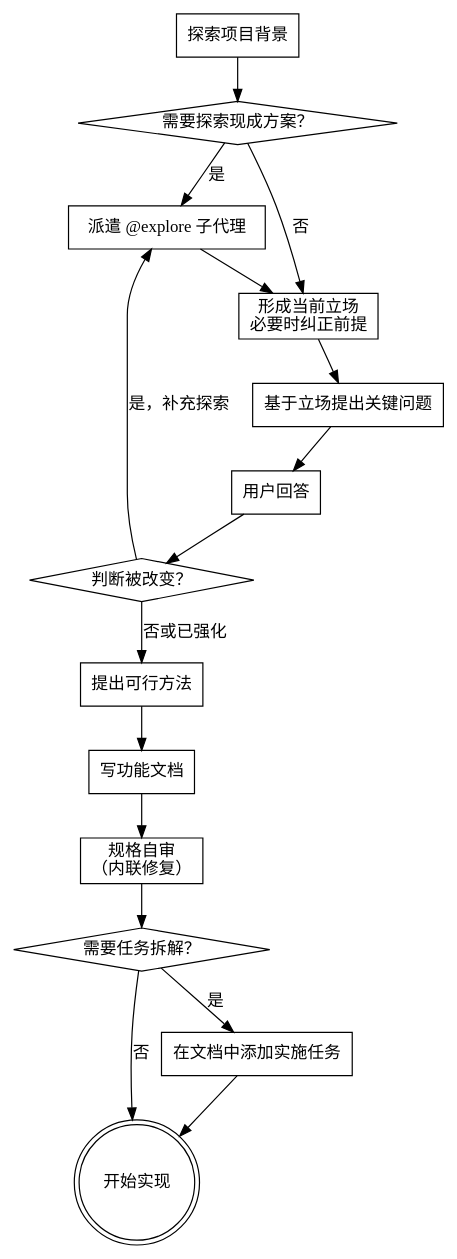
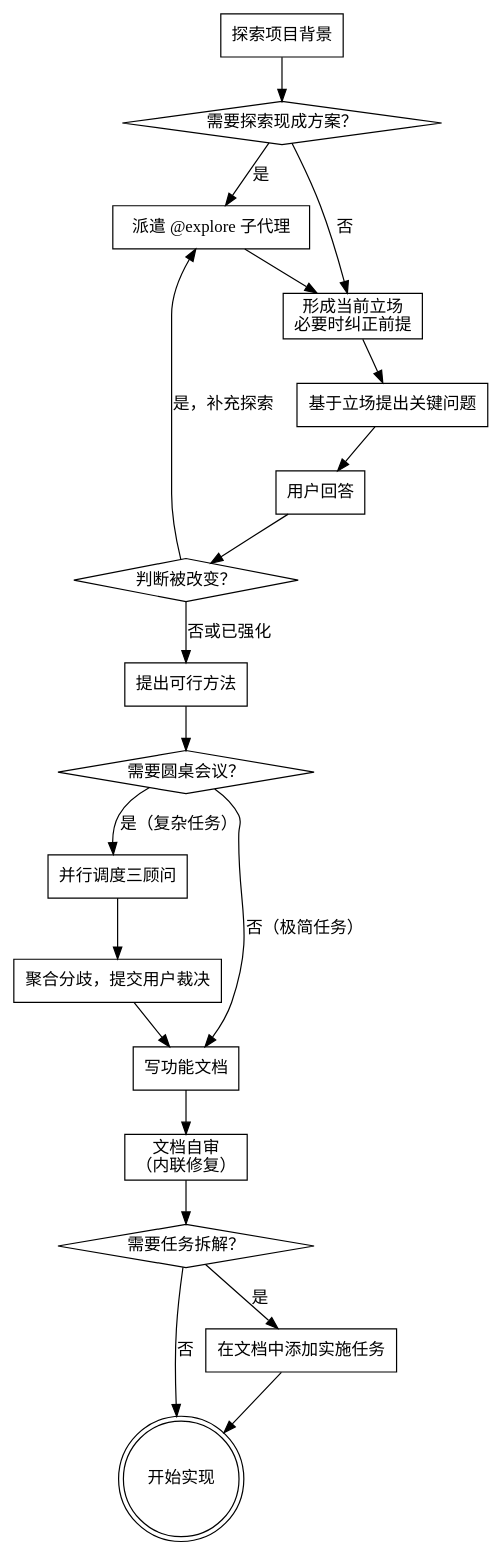
One commit to 772778995/bhvr changed the diagram in .opencode/skills/brainstorming/SKILL.md. Above: the diagram before and after it, drawn with Graphviz. The commit also changed other lines of this file and 35 other files, not shown here.

First line of the commit message:
feat: NotebookLM 并发调用隔离 + 书籍导图 SVG 转 JPG 下载

````diff
--- a/.opencode/skills/brainstorming/SKILL.md
+++ b/.opencode/skills/brainstorming/SKILL.md
@@ -54,34 +55,41 @@
 ```dot
 digraph brainstorming {
     "探索项目背景" [shape=box];
     "需要探索现成方案？" [shape=diamond];
     "派遣 @explore 子代理" [shape=box];
     "形成当前立场\n必要时纠正前提" [shape=box];
     "基于立场提出关键问题" [shape=box];
     "用户回答" [shape=box];
     "判断被改变？" [shape=diamond];
     "提出可行方法" [shape=box];
+    "需要圆桌会议？" [shape=diamond];
+    "并行调度三顾问" [shape=box];
+    "聚合分歧，提交用户裁决" [shape=box];
     "写功能文档" [shape=box];
-    "规格自审\n（内联修复）" [shape=box];
+    "文档自审\n（内联修复）" [shape=box];
     "开始实现" [shape=doublecircle];
 
     "探索项目背景" -> "需要探索现成方案？";
     "需要探索现成方案？" -> "派遣 @explore 子代理" [label="是"];
     "需要探索现成方案？" -> "形成当前立场\n必要时纠正前提" [label="否"];
     "派遣 @explore 子代理" -> "形成当前立场\n必要时纠正前提";
     "形成当前立场\n必要时纠正前提" -> "基于立场提出关键问题";
     "基于立场提出关键问题" -> "用户回答";
     "用户回答" -> "判断被改变？";
     "判断被改变？" -> "派遣 @explore 子代理" [label="是，补充探索"];
     "判断被改变？" -> "提出可行方法" [label="否或已强化"];
-    "提出可行方法" -> "写功能文档";
+    "提出可行方法" -> "需要圆桌会议？";
+    "需要圆桌会议？" -> "并行调度三顾问" [label="是（复杂任务）"];
+    "需要圆桌会议？" -> "写功能文档" [label="否（极简任务）"];
+    "并行调度三顾问" -> "聚合分歧，提交用户裁决";
+    "聚合分歧，提交用户裁决" -> "写功能文档";
     "需要任务拆解？" [shape=diamond];
     "在文档中添加实施任务" [shape=box];
 
-    "写功能文档" -> "规格自审\n（内联修复）";
-    "规格自审\n（内联修复）" -> "需要任务拆解？";
+    "写功能文档" -> "文档自审\n（内联修复）";
+    "文档自审\n（内联修复）" -> "需要任务拆解？";
     "需要任务拆解？" -> "在文档中添加实施任务" [label="是"];
     "需要任务拆解？" -> "开始实现" [label="否"];
     "在文档中添加实施任务" -> "开始实现";
 }
 ```
````
